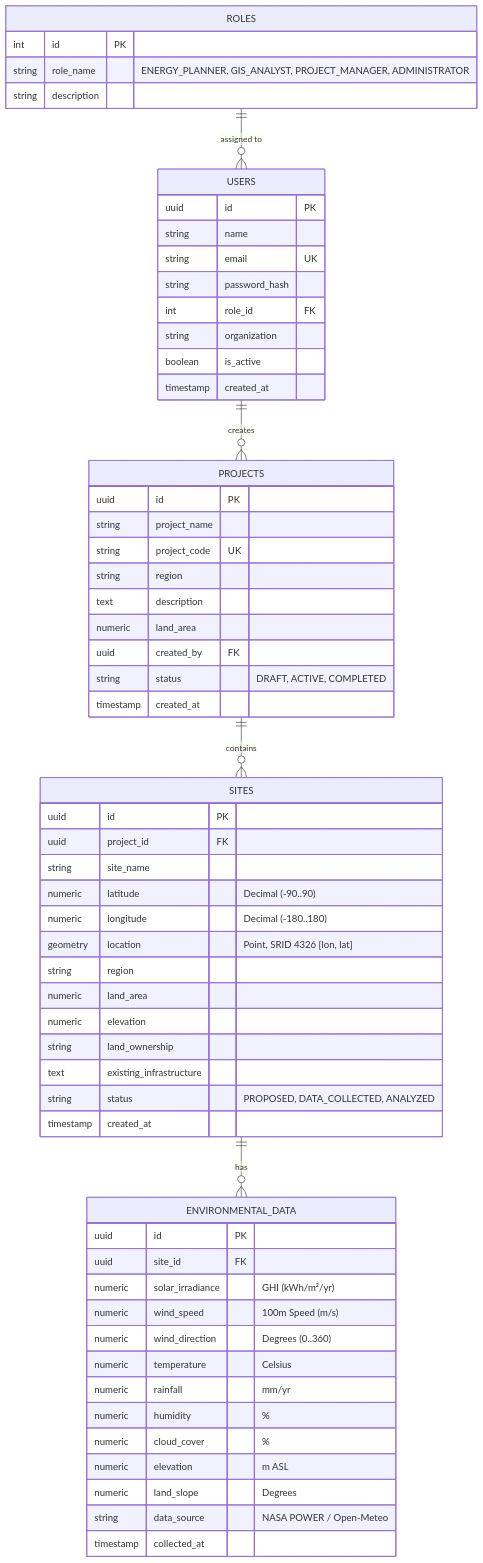
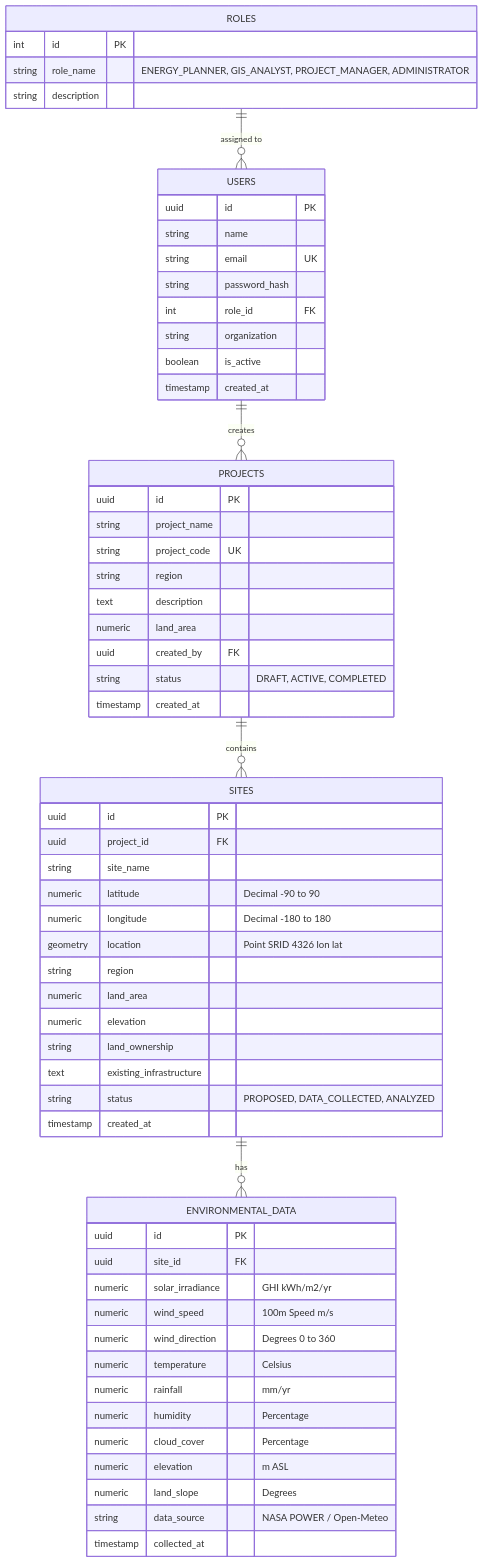
One commit to ARYAN-SINGH-10/solar-and-wind changed the third of 3 diagrams in milestone1_design_and_documentation.md. Above: the diagram before and after it, drawn with Mermaid. The commit also changed other lines of this file, not shown here.

Commit message:
docs: fix Mermaid diagram rendering

````diff
--- a/milestone1_design_and_documentation.md
+++ b/milestone1_design_and_documentation.md
@@ -104,68 +104,68 @@
 ```mermaid
 erDiagram
     ROLES ||--o{ USERS : "assigned to"
     USERS ||--o{ PROJECTS : "creates"
     PROJECTS ||--o{ SITES : "contains"
     SITES ||--o{ ENVIRONMENTAL_DATA : "has"
 
     ROLES {
         int id PK
         string role_name "ENERGY_PLANNER, GIS_ANALYST, PROJECT_MANAGER, ADMINISTRATOR"
         string description
     }
 
     USERS {
         uuid id PK
         string name
         string email UK
         string password_hash
         int role_id FK
         string organization
         boolean is_active
         timestamp created_at
     }
 
     PROJECTS {
         uuid id PK
         string project_name
         string project_code UK
         string region
         text description
         numeric land_area
         uuid created_by FK
         string status "DRAFT, ACTIVE, COMPLETED"
         timestamp created_at
     }
 
     SITES {
         uuid id PK
         uuid project_id FK
         string site_name
-        numeric latitude "Decimal (-90..90)"
-        numeric longitude "Decimal (-180..180)"
-        geometry location "Point, SRID 4326 [lon, lat]"
+        numeric latitude "Decimal -90 to 90"
+        numeric longitude "Decimal -180 to 180"
+        geometry location "Point SRID 4326 lon lat"
         string region
         numeric land_area
         numeric elevation
         string land_ownership
         text existing_infrastructure
         string status "PROPOSED, DATA_COLLECTED, ANALYZED"
         timestamp created_at
     }
 
     ENVIRONMENTAL_DATA {
         uuid id PK
         uuid site_id FK
-        numeric solar_irradiance "GHI (kWh/m²/yr)"
-        numeric wind_speed "100m Speed (m/s)"
-        numeric wind_direction "Degrees (0..360)"
+        numeric solar_irradiance "GHI kWh/m2/yr"
+        numeric wind_speed "100m Speed m/s"
+        numeric wind_direction "Degrees 0 to 360"
         numeric temperature "Celsius"
         numeric rainfall "mm/yr"
-        numeric humidity "%"
-        numeric cloud_cover "%"
+        numeric humidity "Percentage"
+        numeric cloud_cover "Percentage"
         numeric elevation "m ASL"
         numeric land_slope "Degrees"
         string data_source "NASA POWER / Open-Meteo"
         timestamp collected_at
     }
 ```
````
